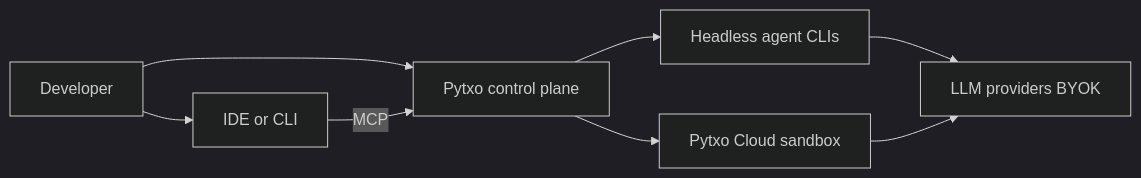
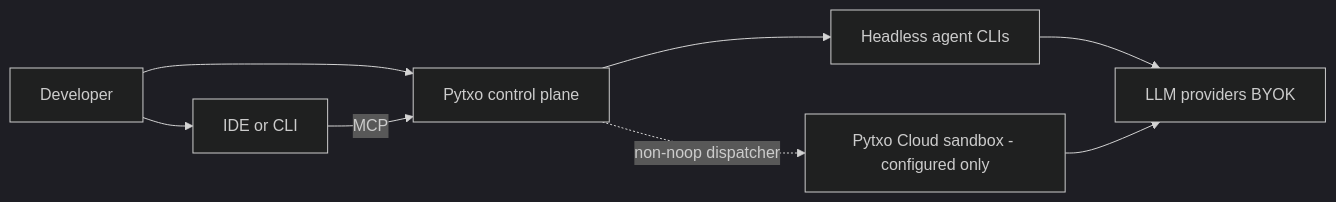
The diagram in docs/04-architecture/context-diagram.md (Pytxo-dev/pytxo), drawn with Mermaid (dark theme) before and after one commit. The commit also changed other lines of this file and 127 other files, not shown here.

````diff
--- a/docs/04-architecture/context-diagram.md
+++ b/docs/04-architecture/context-diagram.md
@@ -15,17 +15,17 @@
 ```mermaid
 flowchart LR
   dev[Developer]
   ide[IDE or CLI]
   pytxo[Pytxo control plane]
   agents[Headless agent CLIs]
-  cloud[Pytxo Cloud sandbox]
+  cloud[Pytxo Cloud sandbox - configured only]
   llm[LLM providers BYOK]
 
   dev --> ide
   dev --> pytxo
   ide -->|MCP| pytxo
   pytxo --> agents
-  pytxo --> cloud
+  pytxo -.->|non-noop dispatcher| cloud
   agents --> llm
   cloud --> llm
 ```
````
